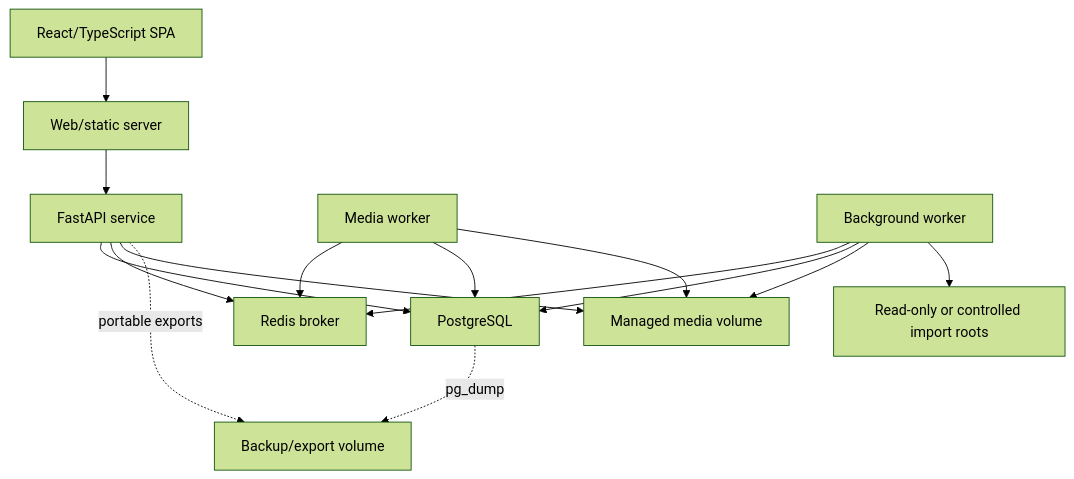
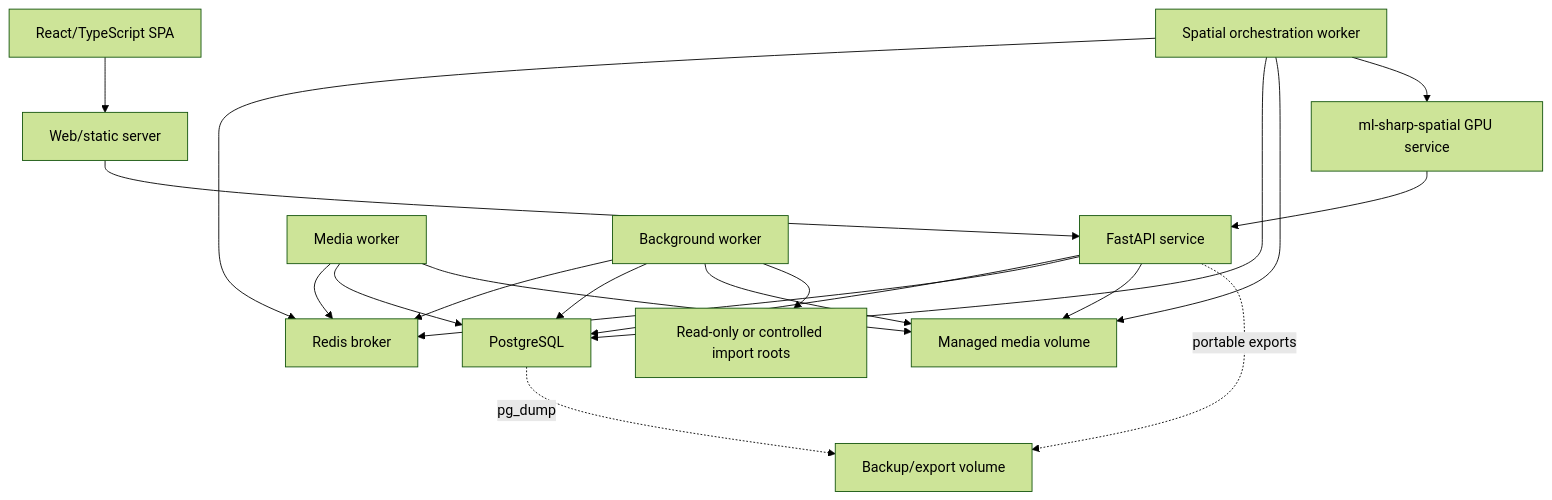
Before and after one commit to blkot/ProjectComfyGallery: the second of 3 diagrams in doc/architecture/system-overview.md, drawn with Mermaid (forest theme). The commit also changed other lines of this file and 58 other files, not shown here.

Commit message:
feat: orchestrate MSS spatial conversion

````diff
--- a/doc/architecture/system-overview.md
+++ b/doc/architecture/system-overview.md
@@ -35,28 +35,35 @@
 ```mermaid
 flowchart TB
     Browser["React/TypeScript SPA"]
     Web["Web/static server"]
     API["FastAPI service"]
     MediaWorker["Media worker"]
     BackgroundWorker["Background worker"]
+    SpatialWorker["Spatial orchestration worker"]
+    MSS["ml-sharp-spatial GPU service"]
     Redis["Redis broker"]
     DB["PostgreSQL"]
     Managed["Managed media volume"]
     Sources["Read-only or controlled import roots"]
     Backups["Backup/export volume"]
 
     Browser --> Web
     Web --> API
     API --> DB
     API --> Redis
     MediaWorker --> Redis
     MediaWorker --> DB
     MediaWorker --> Managed
     BackgroundWorker --> Redis
     BackgroundWorker --> DB
     BackgroundWorker --> Managed
     BackgroundWorker --> Sources
+    SpatialWorker --> Redis
+    SpatialWorker --> DB
+    SpatialWorker --> Managed
+    SpatialWorker --> MSS
+    MSS --> API
     API --> Managed
     DB -. "pg_dump" .-> Backups
     API -. "portable exports" .-> Backups
 ```
````
